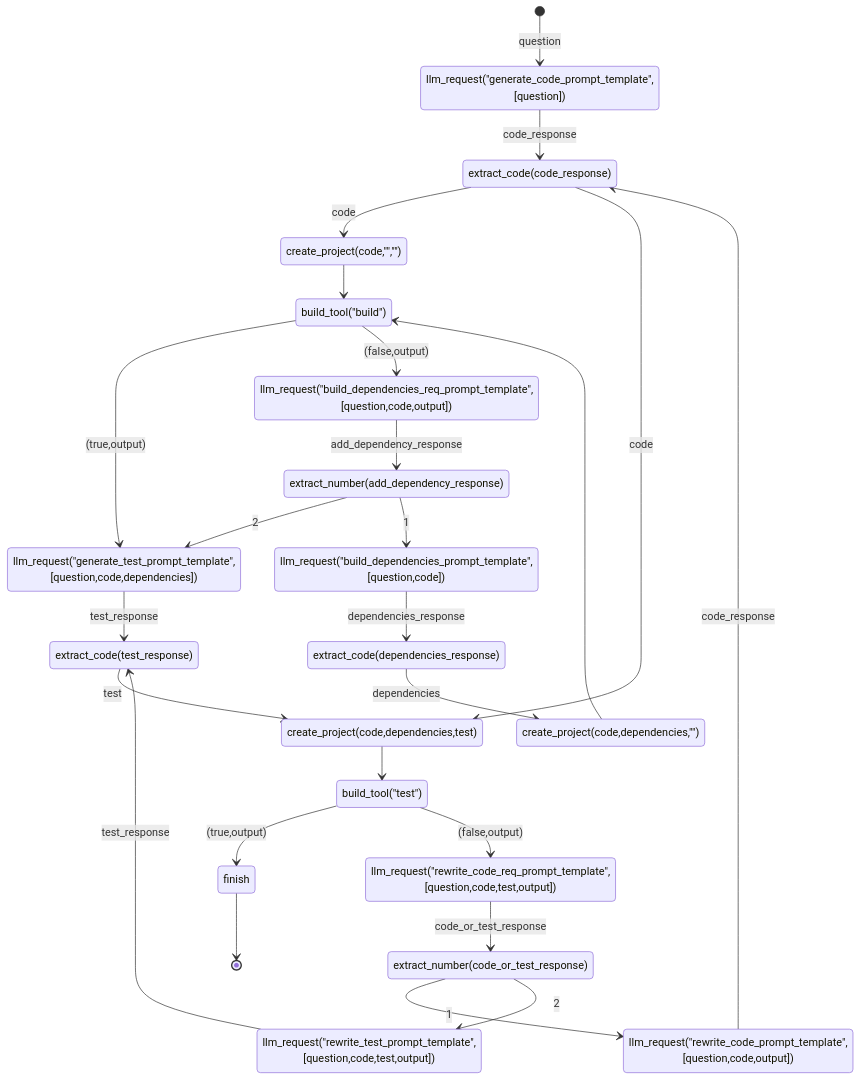
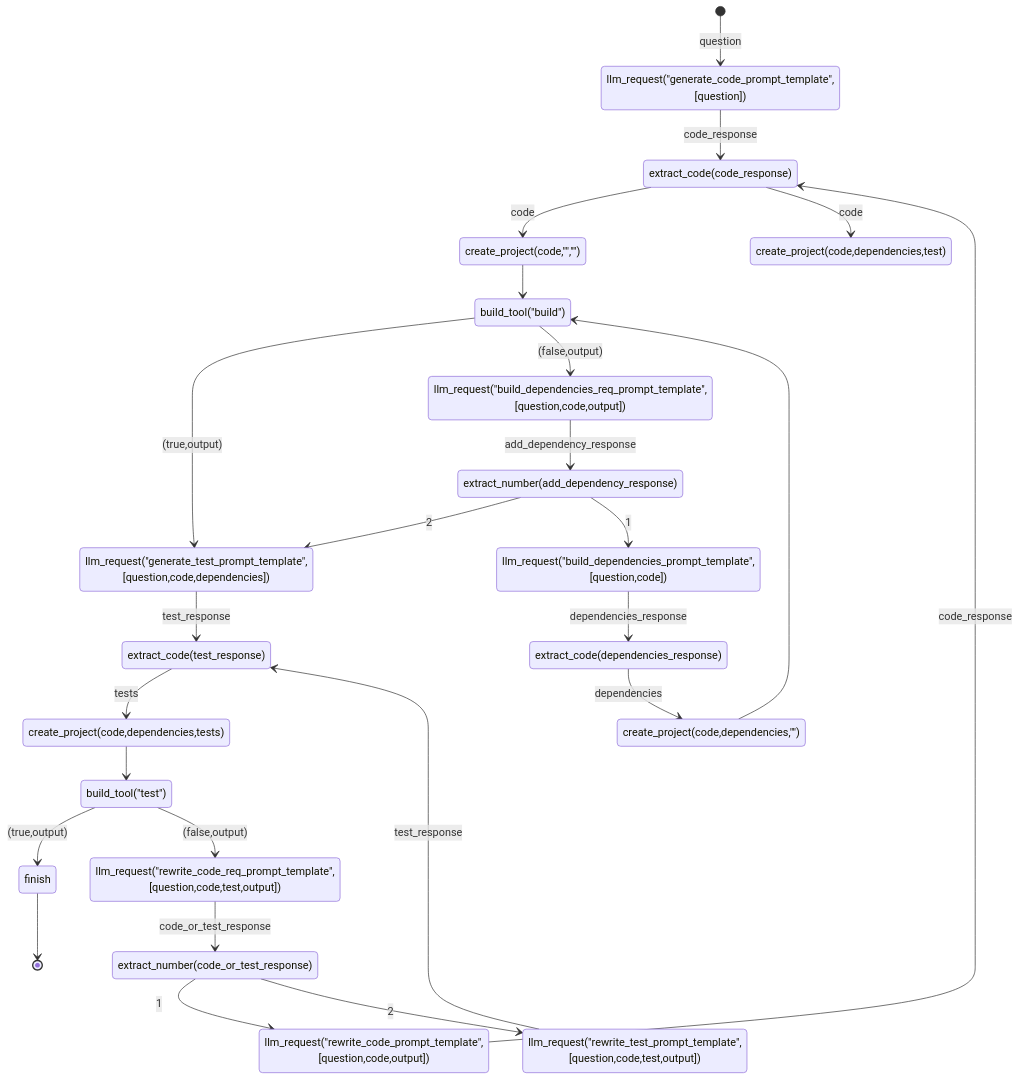
Before and after one commit to rizgan/LLM-Logic-Exec-Verify: the diagram in state.md, drawn with Mermaid. The commit also changed 1 other file, not shown here.

Commit message:
state_machine

````diff
--- a/state.md
+++ b/state.md
@@ -1,27 +1,27 @@
 ```mermaid
 stateDiagram
 [*] --> llm_request("generate_code_prompt_template",[question]) : question
 llm_request("generate_code_prompt_template",[question]) --> extract_code(code_response) : code_response
 extract_code(code_response) --> create_project(code,"","") : code
 create_project(code,"","") --> build_tool("build")
 create_project(code,dependencies,"") --> build_tool("build")
-create_project(code,dependencies,test) --> build_tool("test")
+create_project(code,dependencies,tests) --> build_tool("test")
 build_tool("test") --> finish : (true,output)
 build_tool("test") --> llm_request("rewrite_code_req_prompt_template",[question,code,test,output]) : (false,output)
 llm_request("rewrite_code_req_prompt_template",[question,code,test,output]) --> extract_number(code_or_test_response) : code_or_test_response
 extract_number(code_or_test_response) --> llm_request("rewrite_code_prompt_template",[question,code,output]) : 1
 extract_number(code_or_test_response) --> llm_request("rewrite_test_prompt_template",[question,code,test,output]) : 2
 llm_request("rewrite_test_prompt_template",[question,code,test,output]) --> extract_code(test_response) : test_response
 llm_request("rewrite_code_prompt_template",[question,code,output]) --> extract_code(code_response) : code_response
 extract_code(code_response) --> create_project(code,dependencies,test) : code
 build_tool("build") --> llm_request("generate_test_prompt_template",[question,code,dependencies]) : (true,output) 
 build_tool("build") --> llm_request("build_dependencies_req_prompt_template",[question,code,output]) : (false,output) 
 llm_request("build_dependencies_req_prompt_template",[question,code,output])  --> extract_number(add_dependency_response) : add_dependency_response
 extract_number(add_dependency_response) --> llm_request("generate_test_prompt_template",[question,code,dependencies]) : 2
 extract_number(add_dependency_response) --> llm_request("build_dependencies_prompt_template",[question,code]) : 1
 llm_request("build_dependencies_prompt_template",[question,code]) --> extract_code(dependencies_response) : dependencies_response
 extract_code(dependencies_response) --> create_project(code,dependencies,"") : dependencies 
 llm_request("generate_test_prompt_template",[question,code,dependencies]) --> extract_code(test_response) : test_response
-extract_code(test_response) --> create_project(code,dependencies,test) : test
+extract_code(test_response) --> create_project(code,dependencies,tests) : tests
 finish --> [*]
 ```
````
